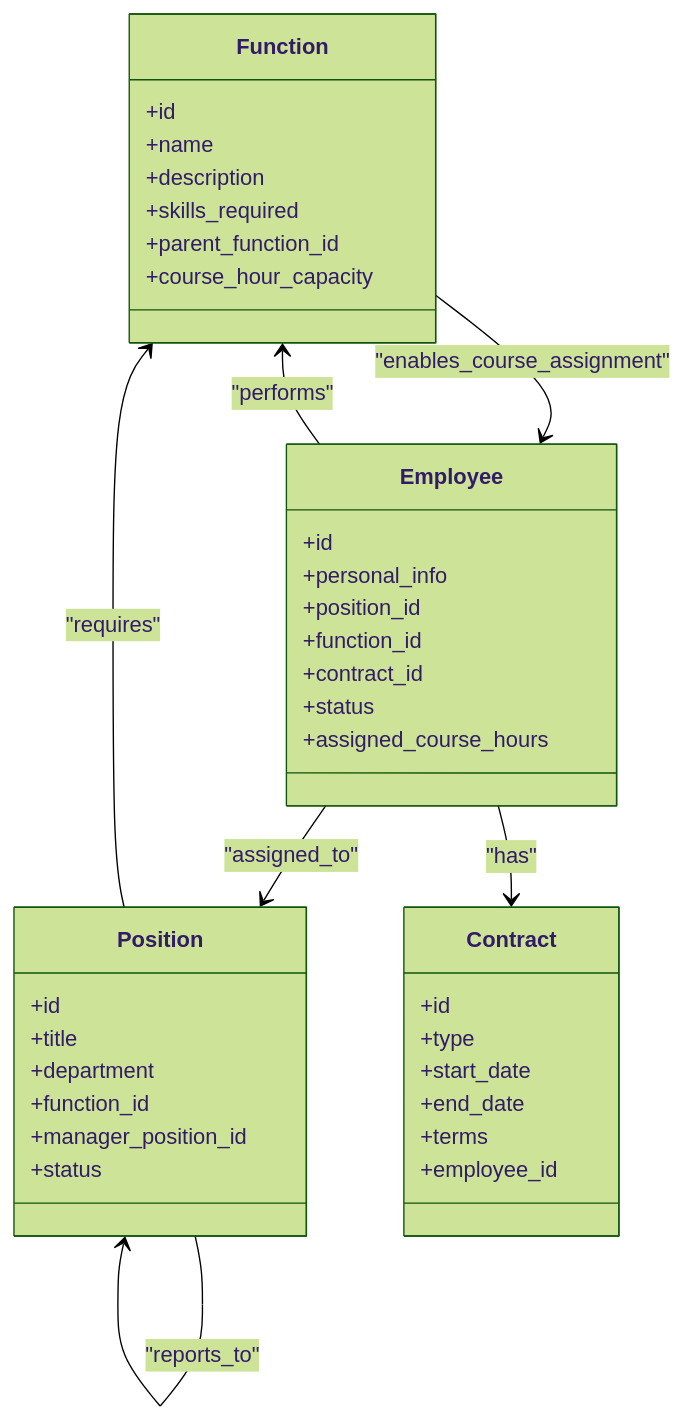
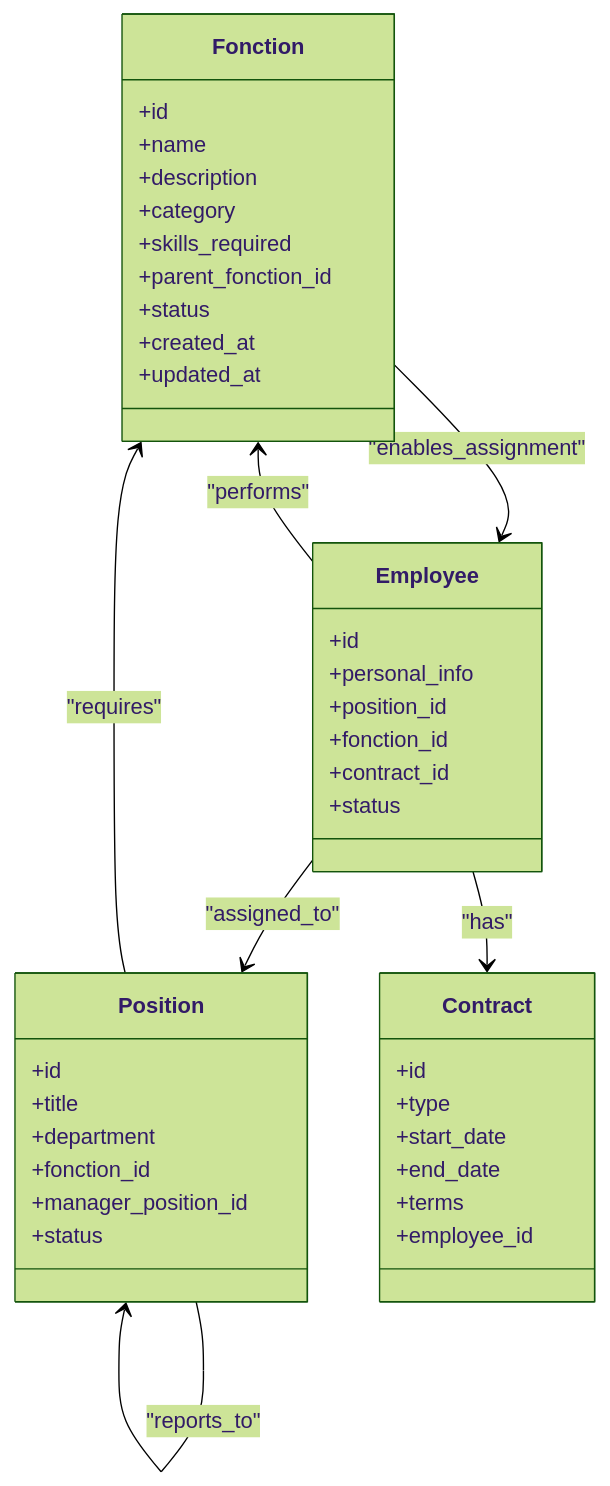
Before and after one commit to franckylab/eLISAschool: the fourth of 7 diagrams in .qoder/repowiki/en/content/Human Resources Management/Personnel Administration/Personnel Administration.md, drawn with Mermaid (forest theme). The commit also changed other lines of this file and 21 other files, not shown here.

````diff
--- a/.qoder/repowiki/en/content/Human Resources Management/Personnel Administration/Personnel Administration.md
+++ b/.qoder/repowiki/en/content/Human Resources Management/Personnel Administration/Personnel Administration.md
@@ -256,42 +234,44 @@
 ```mermaid
 classDiagram
-class Function {
+class Fonction {
 +id
 +name
 +description
++category
 +skills_required
-+parent_function_id
-+course_hour_capacity
++parent_fonction_id
++status
++created_at
++updated_at
 }
 class Position {
 +id
 +title
 +department
-+function_id
++fonction_id
 +manager_position_id
 +status
 }
 class Employee {
 +id
 +personal_info
 +position_id
-+function_id
++fonction_id
 +contract_id
 +status
-+assigned_course_hours
 }
 class Contract {
 +id
 +type
 +start_date
 +end_date
 +terms
 +employee_id
 }
 Employee --> Position : "assigned_to"
-Employee --> Function : "performs"
-Position --> Function : "requires"
+Employee --> Fonction : "performs"
+Position --> Fonction : "requires"
 Position --> Position : "reports_to"
 Employee --> Contract : "has"
-Function --> Employee : "enables_course_assignment"
+Fonction --> Employee : "enables_assignment"
 ```
````
